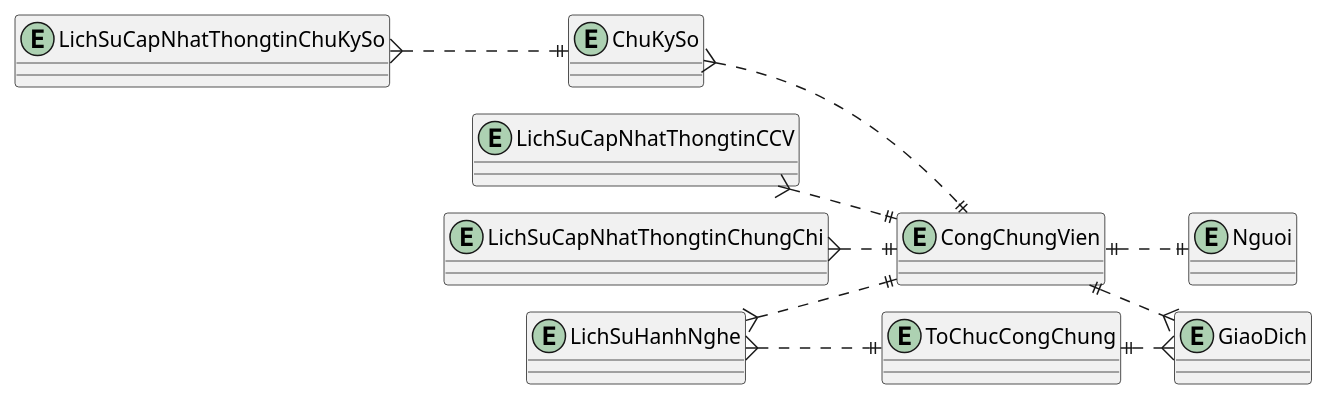
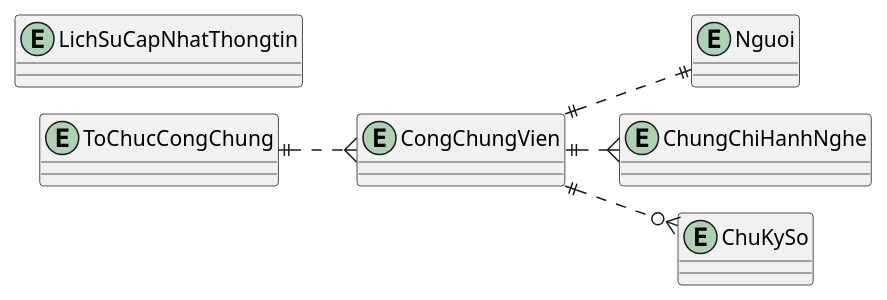
Before and after one commit to alvinnguyen9820-prog/CSDL-Cong-Chung: the diagram in Quản lý công chứng viên/2.erd.puml, drawn with PlantUML. The commit also changed 25 other files, not shown here.

```diff
--- a/Quản lý công chứng viên/2.erd.puml
+++ b/Quản lý công chứng viên/2.erd.puml
@@ -1,25 +1,15 @@
 @startuml erd
 !pragma layout smetana
 left to right direction
-entity GiaoDich 
-entity CongChungVien 
+entity Nguoi
+entity CongChungVien
+entity ChungChiHanhNghe
+entity ChuKySo
+entity LichSuCapNhatThongtin
 entity ToChucCongChung
-entity ChuKySo
-entity Nguoi
 
-entity LichSuHanhNghe
-entity LichSuCapNhatThongtinCCV
-entity LichSuCapNhatThongtinChungChi
-entity LichSuCapNhatThongtinChuKySo
-
-CongChungVien ||..{ GiaoDich
 CongChungVien ||..|| Nguoi
-ToChucCongChung ||..{ GiaoDich
-LichSuHanhNghe }..|| CongChungVien
-LichSuHanhNghe }..|| ToChucCongChung
-LichSuCapNhatThongtinCCV }..|| CongChungVien
-LichSuCapNhatThongtinChungChi }..|| CongChungVien
-ChuKySo }..|| CongChungVien
-LichSuCapNhatThongtinChuKySo }..|| ChuKySo
-
+CongChungVien ||..{ ChungChiHanhNghe
+CongChungVien ||..o{ ChuKySo
+ToChucCongChung ||..{ CongChungVien
 @enduml
```
